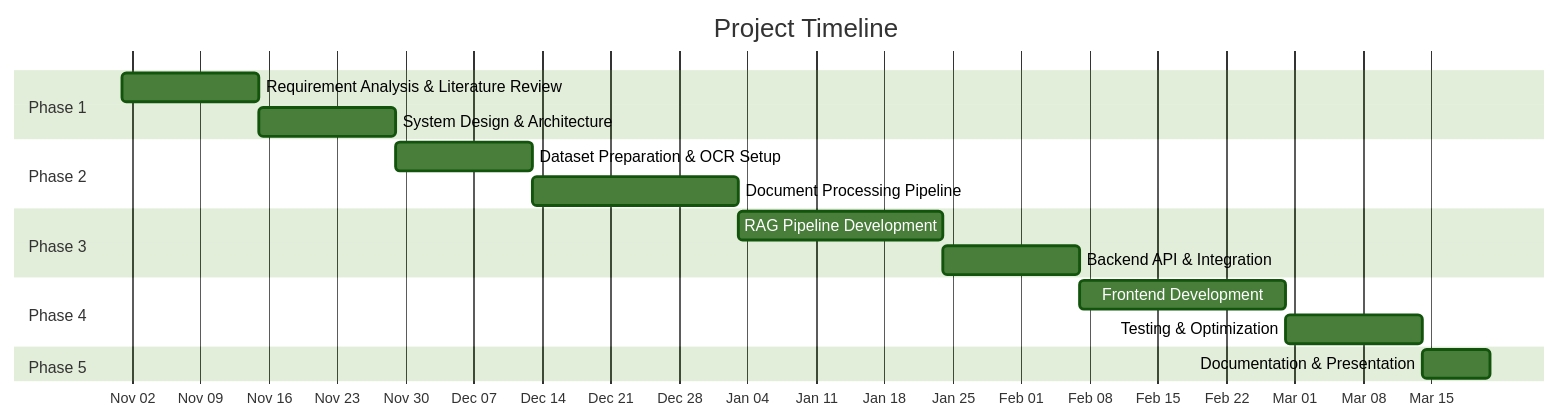
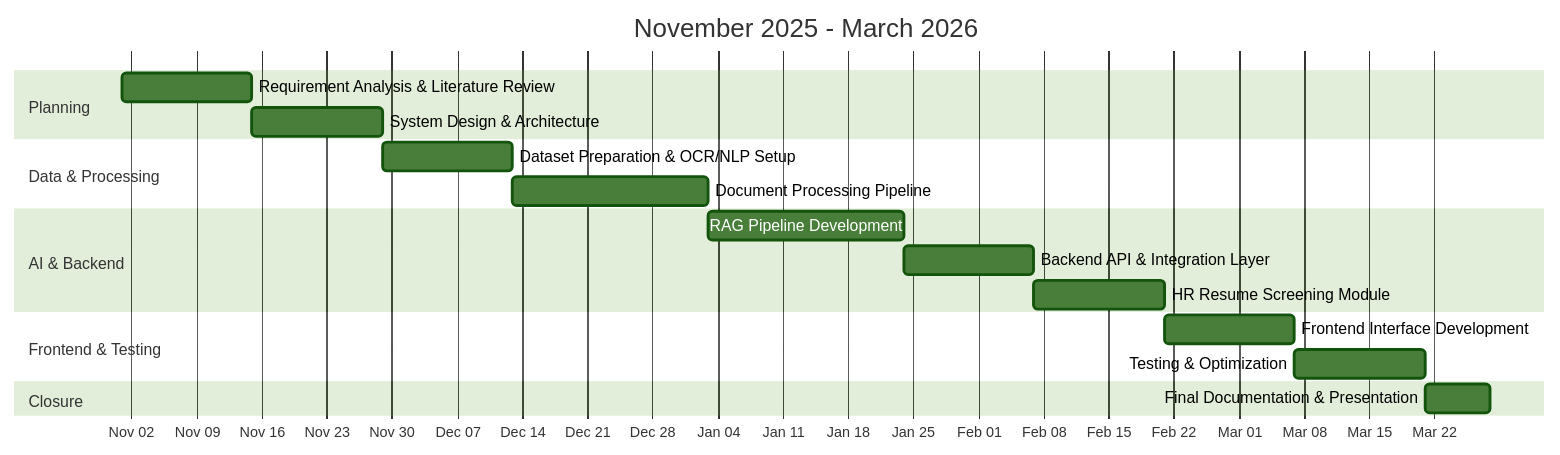
The second of 2 diagrams in presentation.qmd (zainulhassan815/fyp-docs-draft), drawn with Mermaid (forest theme) before and after one commit. The commit also changed other lines of this file and 5 other files, not shown here.

Commit message:
Update presentation to add HR module.

````diff
--- a/presentation.qmd
+++ b/presentation.qmd
@@ -409,22 +306,23 @@
 ```{mermaid}
 %%| fig-width: 11
 gantt
-    title Project Timeline
+    title November 2025 - March 2026
     dateFormat YYYY-MM-DD
     axisFormat %b %d
     tickInterval 1week
-    section Phase 1
+    section Planning
     Requirement Analysis & Literature Review    :2025-11-01, 2w
     System Design & Architecture               :2025-11-15, 2w
-    section Phase 2
-    Dataset Preparation & OCR Setup            :2025-11-29, 2w
+    section Data & Processing
+    Dataset Preparation & OCR/NLP Setup        :2025-11-29, 2w
     Document Processing Pipeline               :2025-12-13, 3w
-    section Phase 3
+    section AI & Backend
     RAG Pipeline Development                   :2026-01-03, 3w
-    Backend API & Integration                  :2026-01-24, 2w
-    section Phase 4
-    Frontend Development                       :2026-02-07, 3w
-    Testing & Optimization                     :2026-02-28, 2w
-    section Phase 5
-    Documentation & Presentation               :2026-03-14, 1w
+    Backend API & Integration Layer            :2026-01-24, 2w
+    HR Resume Screening Module                 :2026-02-07, 2w
+    section Frontend & Testing
+    Frontend Interface Development             :2026-02-21, 2w
+    Testing & Optimization                     :2026-03-07, 2w
+    section Closure
+    Final Documentation & Presentation         :2026-03-21, 1w
 ```
````
